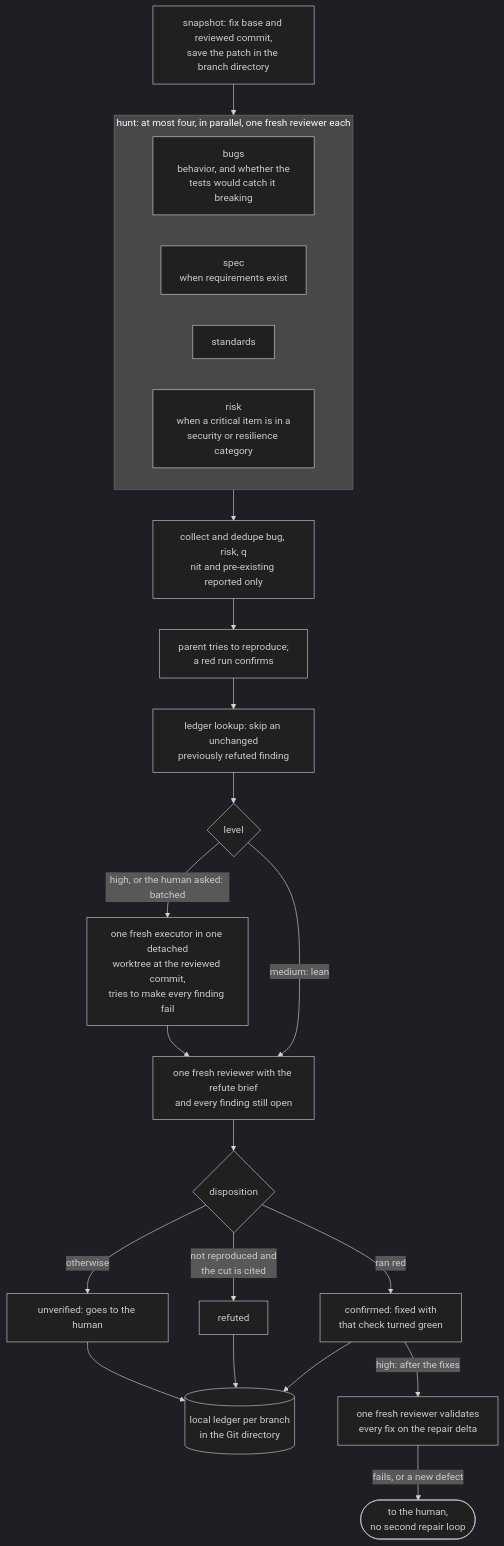
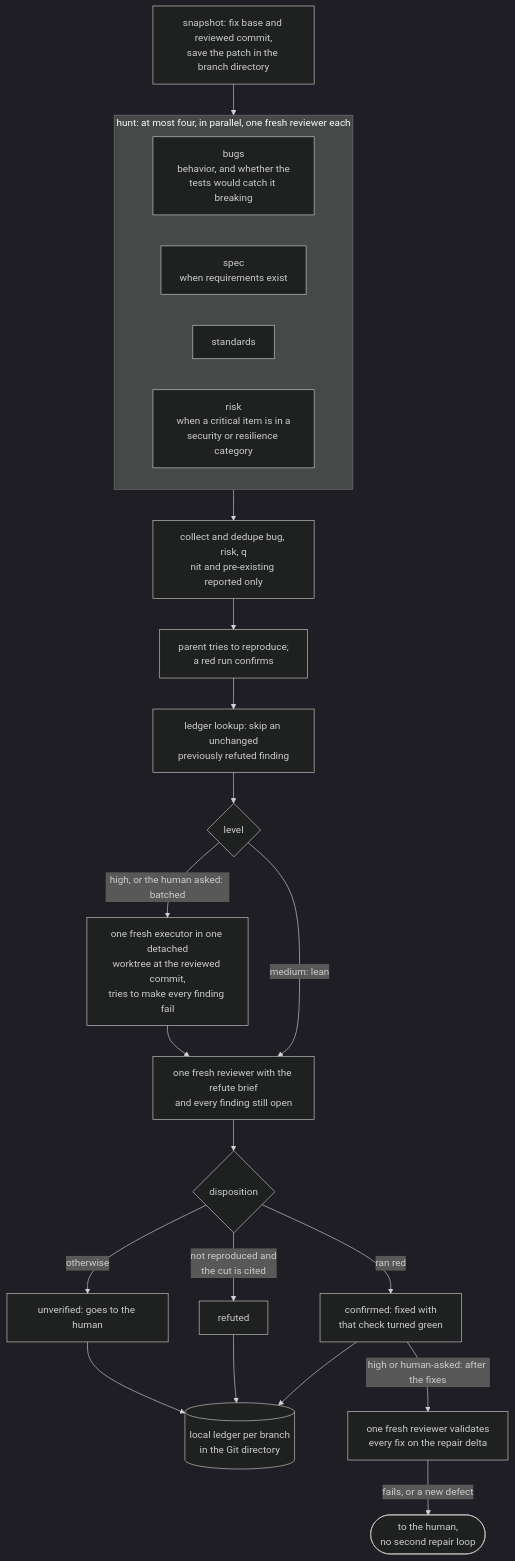
The third of 3 diagrams in docs/subagents.md (jvillegasd/harness), drawn with Mermaid (dark theme) before and after one commit. The commit also changed other lines of this file and 6 other files, not shown here.

````diff
--- a/docs/subagents.md
+++ b/docs/subagents.md
@@ -79,28 +79,28 @@
 ```mermaid
 flowchart TD
     snap["snapshot: fix base and reviewed commit,<br>save the patch in the branch directory"] --> hunt
 
     subgraph hunt["hunt: at most four, in parallel, one fresh reviewer each"]
         bugs["bugs<br>behavior, and whether the<br>tests would catch it breaking"]
         spec["spec<br>when requirements exist"]
         standards["standards"]
         risk["risk<br>when a critical item is in a<br>security or resilience category"]
     end
 
     hunt --> collect["collect and dedupe bug, risk, q<br>nit and pre-existing reported only"]
     collect --> self["parent tries to reproduce;<br>a red run confirms"]
     self --> lookup["ledger lookup: skip an unchanged<br>previously refuted finding"]
     lookup --> mode{"level"}
     mode -->|"medium: lean"| refute
     mode -->|"high, or the human asked: batched"| verifier["one fresh executor in one detached<br>worktree at the reviewed commit,<br>tries to make every finding fail"]
     verifier --> refute["one fresh reviewer with the refute brief<br>and every finding still open"]
     refute --> dispose{"disposition"}
     dispose -->|"ran red"| confirmed["confirmed: fixed with<br>that check turned green"]
     dispose -->|"not reproduced and<br>the cut is cited"| refuted["refuted"]
     dispose -->|otherwise| unverified["unverified: goes to the human"]
     confirmed --> ledger[("local ledger per branch<br>in the Git directory")]
     refuted --> ledger
     unverified --> ledger
-    confirmed -->|"high: after the fixes"| validator["one fresh reviewer validates<br>every fix on the repair delta"]
+    confirmed -->|"high or human-asked: after the fixes"| validator["one fresh reviewer validates<br>every fix on the repair delta"]
     validator -->|"fails, or a new defect"| human(["to the human,<br>no second repair loop"])
 ```
````
